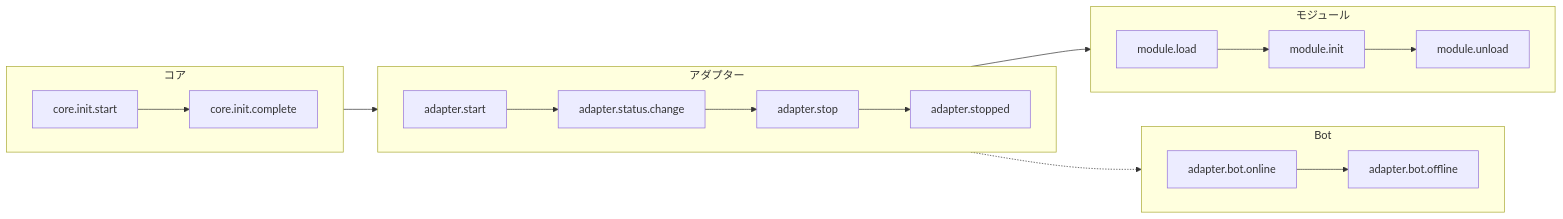
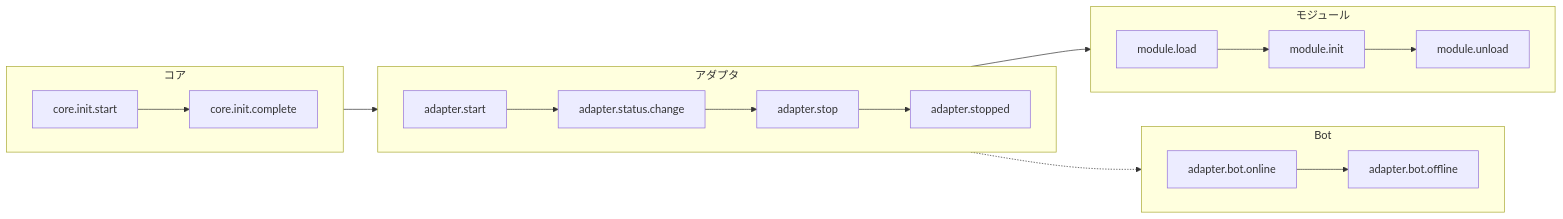
Before and after one commit to ErisPulse/ErisPulse: the fifth of 9 diagrams in docs/ja/architecture.md, drawn with Mermaid. The commit also changed other lines of this file and 622 other files, not shown here.

````diff
--- a/docs/ja/architecture.md
+++ b/docs/ja/architecture.md
@@ -164,26 +162,26 @@
 ```mermaid
 flowchart LR
     subgraph Core["コア"]
         direction LR
         C1["core.init.start"] --> C2["core.init.complete"]
     end
 
-    subgraph AdapterLife["アダプター"]
+    subgraph AdapterLife["アダプタ"]
         direction LR
         A1["adapter.start"] --> A2["adapter.status.change"] --> A3["adapter.stop"] --> A4["adapter.stopped"]
     end
 
     subgraph ModuleLife["モジュール"]
         direction LR
         M1["module.load"] --> M2["module.init"] --> M3["module.unload"]
     end
 
     subgraph BotLife["Bot"]
         direction LR
         B1["adapter.bot.online"] --> B2["adapter.bot.offline"]
     end
 
     Core --> AdapterLife
     AdapterLife --> ModuleLife
     AdapterLife -.-> BotLife
 ```
````
